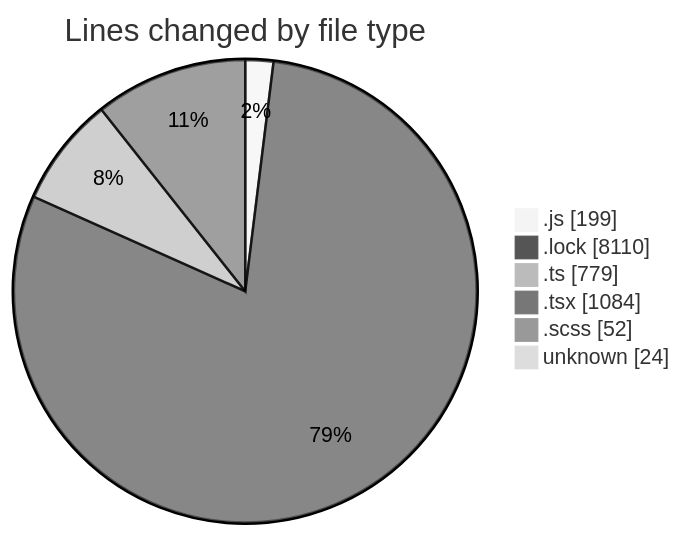
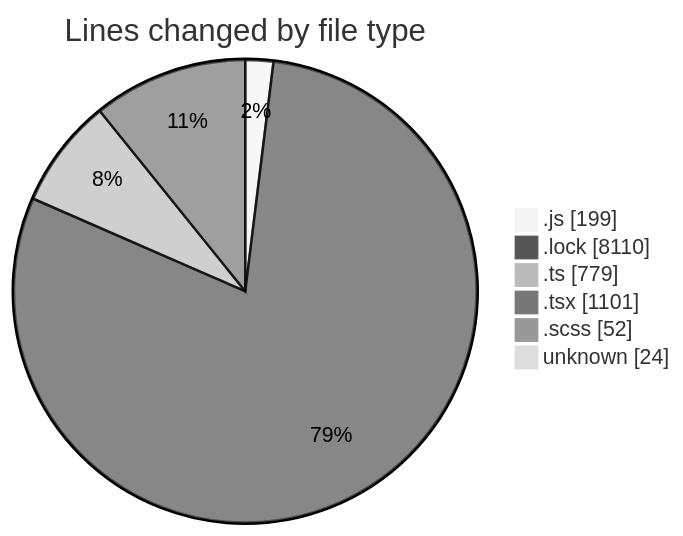
Before and after one commit to momahboobian/code-tracking: the first of 2 diagrams in 2025-02-07/cda/README.md, drawn with Mermaid (neutral theme). The commit also changed other lines of this file and 1 other file, not shown here.

````diff
--- a/2025-02-07/cda/README.md
+++ b/2025-02-07/cda/README.md
@@ -57,10 +57,10 @@
 ```mermaid
 pie showData
 title Lines changed by file type
 ".js" : 199
 ".lock" : 8110
 ".ts" : 779
-".tsx" : 1084
+".tsx" : 1101
 ".scss" : 52
 "unknown" : 24
 ```
````
